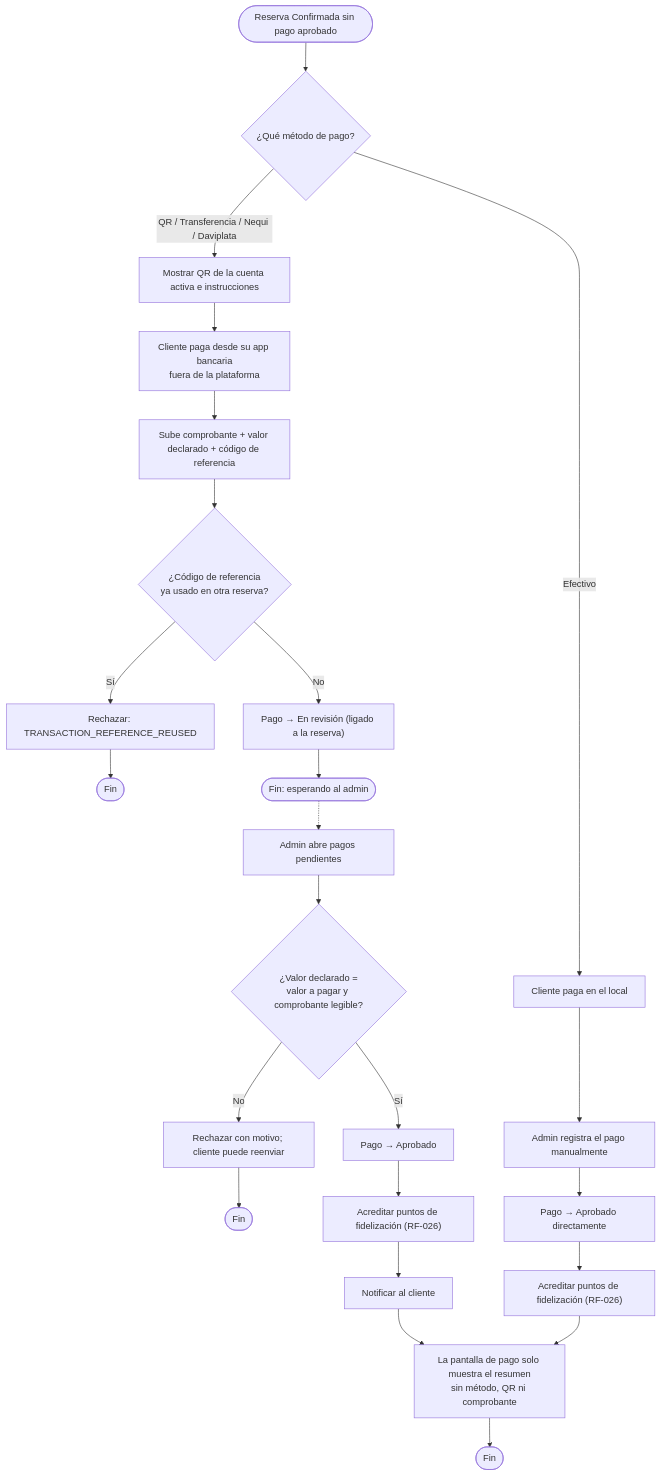
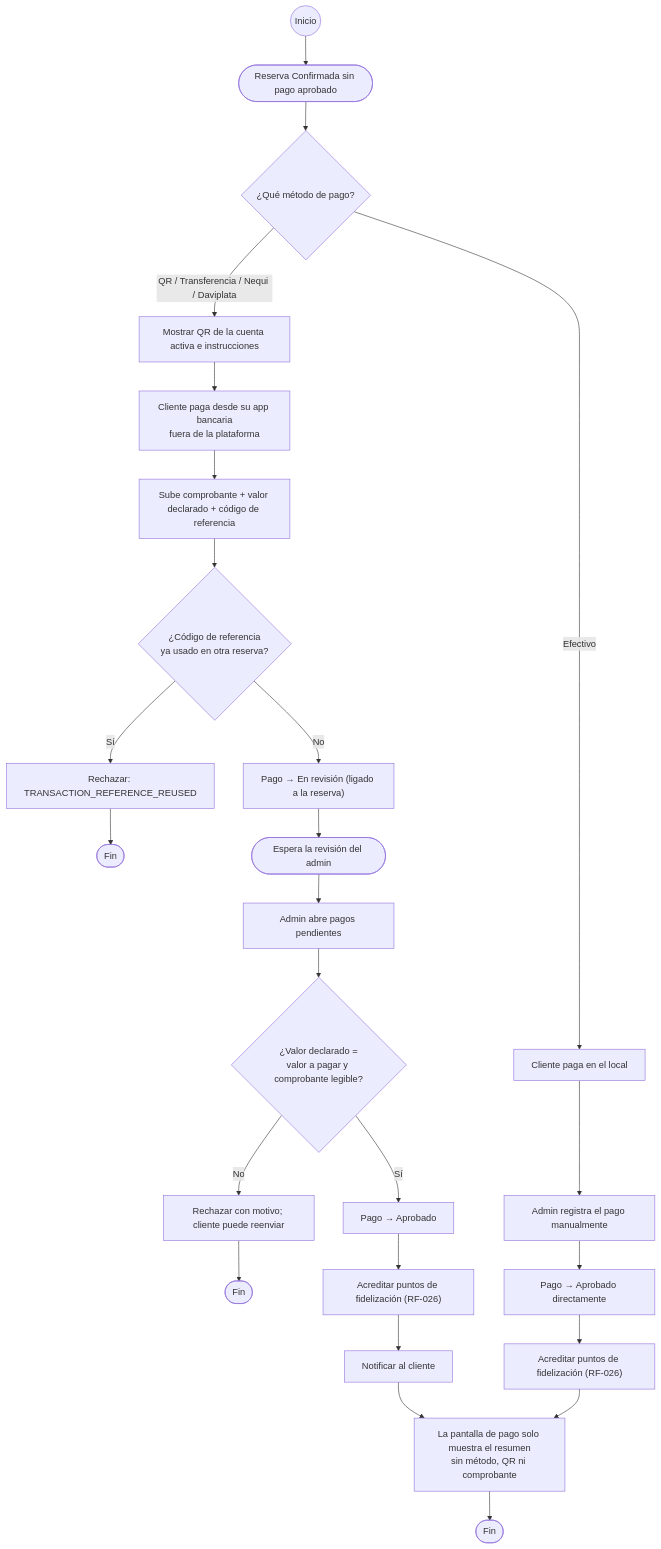
Diagram 18 of 26 in 02_DOCUMENTACION_DE_ANALISIS_DEL_SOFTWARE/ES/MD/documentacion-de-analisis-del-software.md (BrayanCABRERA123/lavarapido-docs), drawn with Mermaid before and after one commit. The commit also changed other lines of this file and 5 other files, not shown here.

Commit message:
docs(analysis): clean the activity, sequence and state diagrams after a second visual review

````diff
--- a/02_DOCUMENTACION_DE_ANALISIS_DEL_SOFTWARE/ES/MD/documentacion-de-analisis-del-software.md
+++ b/02_DOCUMENTACION_DE_ANALISIS_DEL_SOFTWARE/ES/MD/documentacion-de-analisis-del-software.md
@@ -748,29 +748,30 @@
 ```mermaid
 flowchart TD
+    start0((Inicio)) --> start
     start([Reserva Confirmada sin pago aprobado]) --> method{¿Qué método de pago?}
 
     method -->|QR / Transferencia / Nequi / Daviplata| showqr[Mostrar QR de la cuenta activa e instrucciones]
     showqr --> extpay[Cliente paga desde su app bancaria<br/>fuera de la plataforma]
     extpay --> upload[Sube comprobante + valor declarado + código de referencia]
     upload --> dup{¿Código de referencia<br/>ya usado en otra reserva?}
     dup -->|Sí| rejectref[Rechazar: TRANSACTION_REFERENCE_REUSED]
     rejectref --> stop1([Fin])
     dup -->|No| inreview["Pago → En revisión (ligado a la reserva)"]
-    inreview --> stop2([Fin: esperando al admin])
+    inreview --> waitadm([Espera la revisión del admin])
 
     method -->|Efectivo| cash[Cliente paga en el local]
     cash --> register[Admin registra el pago manualmente]
     register --> approved1["Pago → Aprobado directamente"]
     approved1 --> points1["Acreditar puntos de fidelización (RF-026)"]
     points1 --> lockui
 
-    stop2 -.-> review[Admin abre pagos pendientes]
+    waitadm --> review[Admin abre pagos pendientes]
     review --> compare{¿Valor declarado =<br/>valor a pagar y comprobante legible?}
     compare -->|No| reject[Rechazar con motivo; cliente puede reenviar]
     reject --> stop4([Fin])
     compare -->|Sí| approve["Pago → Aprobado"]
     approve --> points2["Acreditar puntos de fidelización (RF-026)"]
     points2 --> notifyc[Notificar al cliente]
     notifyc --> lockui[La pantalla de pago solo muestra el resumen<br/>sin método, QR ni comprobante]
     lockui --> stop5([Fin])
 ```
````
